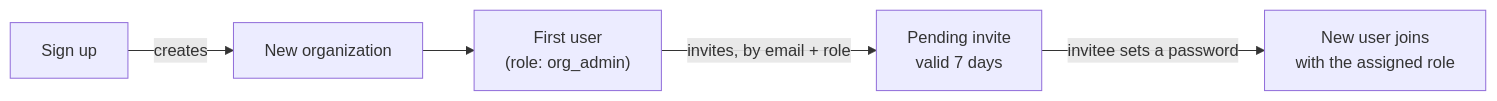
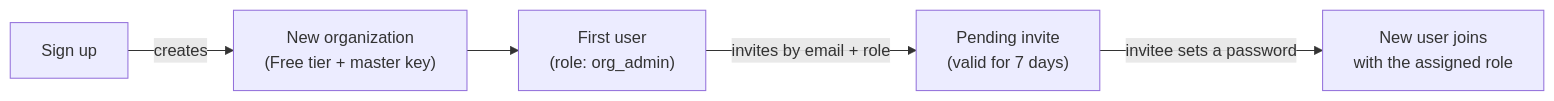
One commit to DataShield-sp18/data-shield-docs changed the first of 2 diagrams in docs/architecture/auth-and-organizations.md. Above: the diagram before and after it, drawn with Mermaid. The commit also changed other lines of this file and 6 other files, not shown here.

Commit message:
docs(arch): EMR lane, encrypted spill, auto master key

````diff
--- a/docs/architecture/auth-and-organizations.md
+++ b/docs/architecture/auth-and-organizations.md
@@ -15,7 +9,7 @@
 ```mermaid
 flowchart LR
-    A[Sign up] -->|creates| B[New organization]
-    B --> C["First user\n(role: org_admin)"]
-    C -->|invites, by email + role| D[Pending invite\nvalid 7 days]
-    D -->|invitee sets a password| E["New user joins\nwith the assigned role"]
+    A[Sign up] -->|creates| B["New organization<br/>(Free tier + master key)"]
+    B --> C["First user<br/>(role: org_admin)"]
+    C -->|"invites by email + role"| D["Pending invite<br/>(valid for 7 days)"]
+    D -->|"invitee sets a password"| E["New user joins<br/>with the assigned role"]
 ```
````
